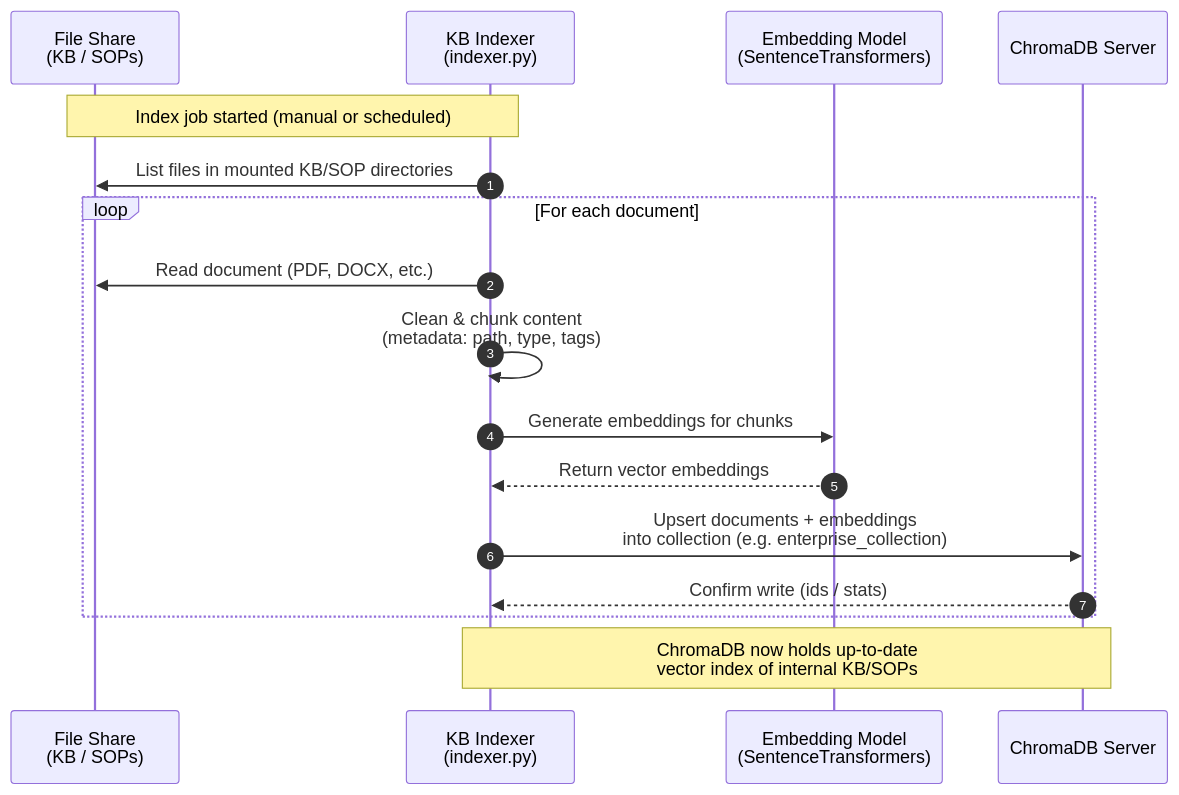
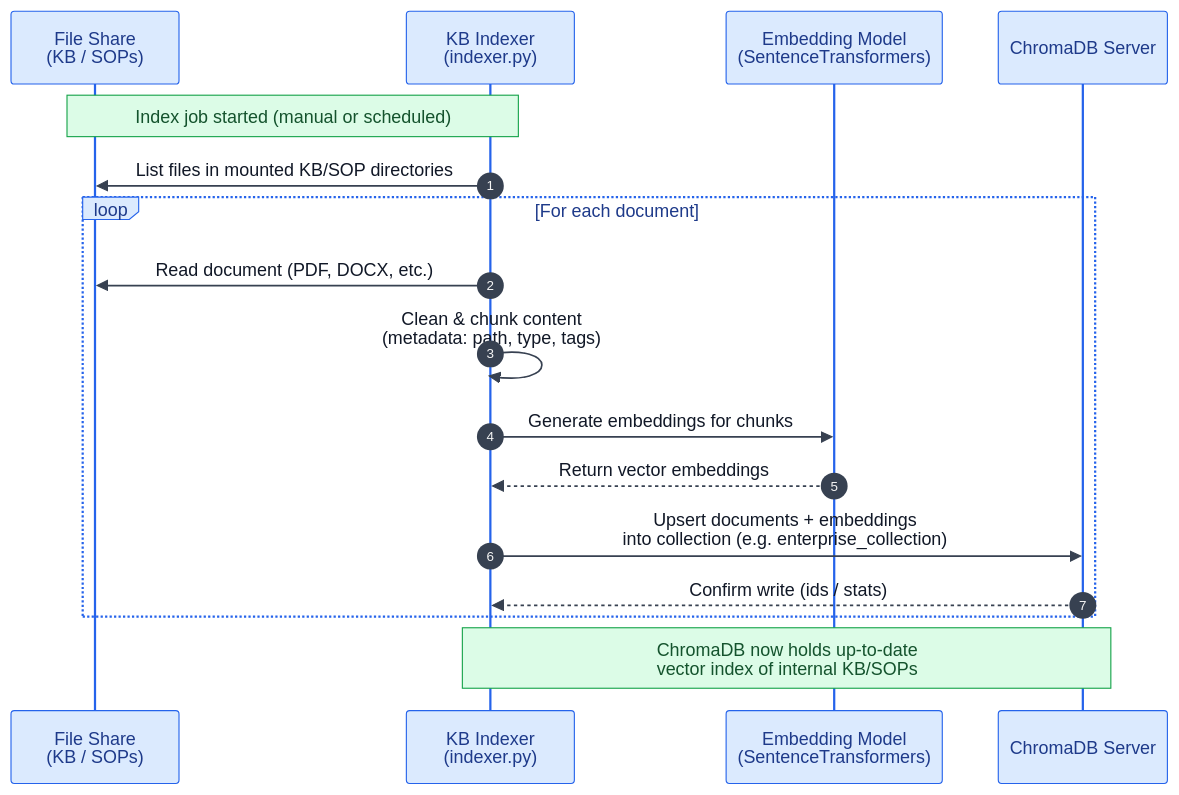
Before and after one commit to Dv-beep/AI-POC-RAG-Design: the second of 3 diagrams in docs/architecture/rag-sequence-diagram.md, drawn with Mermaid. The commit also changed other lines of this file and 1 other file, not shown here.

Commit message:
Enhance Mermaid diagrams with class definitions for improved visualization and clarity

````diff
--- a/docs/architecture/rag-sequence-diagram.md
+++ b/docs/architecture/rag-sequence-diagram.md
@@ -52,23 +64,24 @@
 ```mermaid
+%%{init: {"theme": "base", "themeVariables": {"actorBkg": "#dbeafe", "actorBorder": "#2563eb", "actorTextColor": "#1e3a8a", "activationBkgColor": "#fef3c7", "activationBorderColor": "#d97706", "noteBkgColor": "#dcfce7", "noteBorderColor": "#16a34a", "noteTextColor": "#14532d", "signalColor": "#374151", "signalTextColor": "#111827"}}}%%
 sequenceDiagram
     autonumber
     participant FS as File Share<br/>(KB / SOPs)
     participant IDX as KB Indexer<br/>(indexer.py)
     participant EMB as Embedding Model<br/>(SentenceTransformers)
     participant C as ChromaDB Server
 
     Note over IDX,FS: Index job started (manual or scheduled)
 
     IDX->>FS: List files in mounted KB/SOP directories
     loop For each document
         IDX->>FS: Read document (PDF, DOCX, etc.)
         IDX->>IDX: Clean & chunk content<br/>(metadata: path, type, tags)
         IDX->>EMB: Generate embeddings for chunks
         EMB-->>IDX: Return vector embeddings
 
         IDX->>C: Upsert documents + embeddings<br/>into collection (e.g. enterprise_collection)
         C-->>IDX: Confirm write (ids / stats)
     end
 
     Note over IDX,C: ChromaDB now holds up-to-date<br/>vector index of internal KB/SOPs
 ```
````
